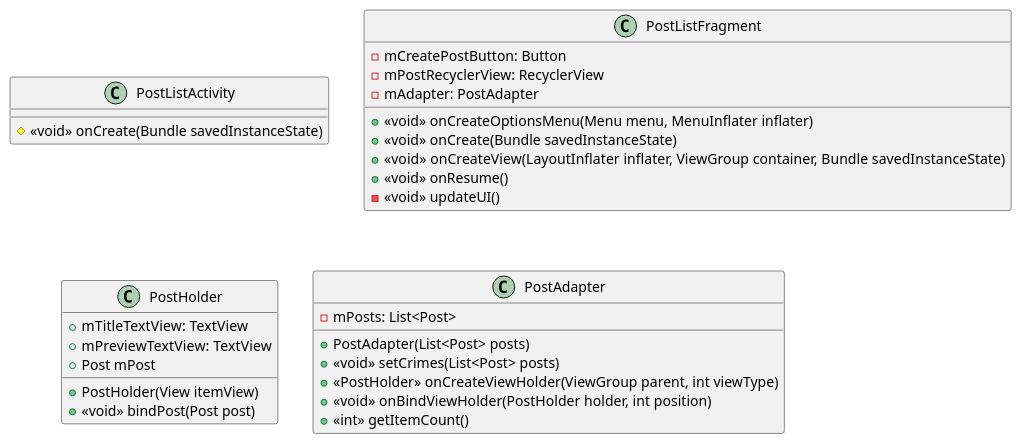
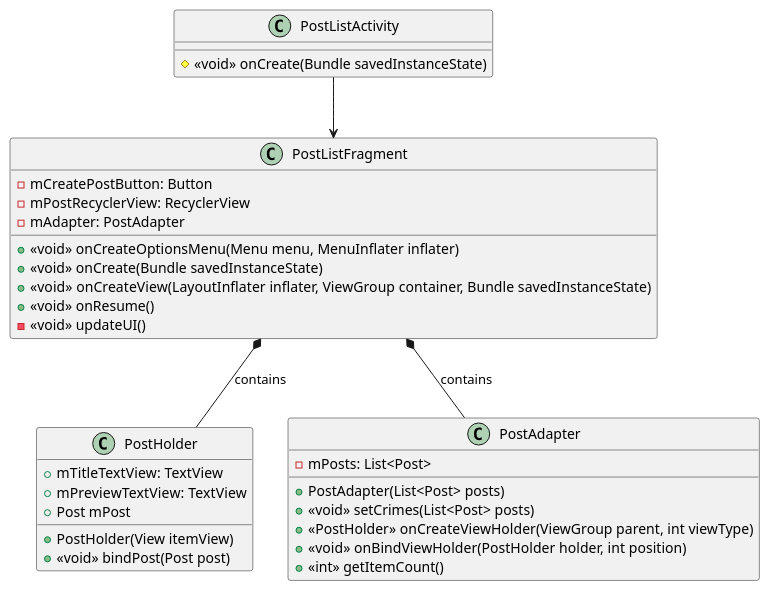
Before and after one commit to cBridges851/devwrite: the diagram in diagrams/Post Selector UML.puml, drawn with PlantUML.

Commit message:
Added relationships

```diff
--- a/diagrams/Post Selector UML.puml
+++ b/diagrams/Post Selector UML.puml
@@ -1,35 +1,39 @@
 @startuml
 ' Post Selector Component
 
     class PostListActivity {
         #<<void>> onCreate(Bundle savedInstanceState)
     }
 
     class PostListFragment {
         - mCreatePostButton: Button
         - mPostRecyclerView: RecyclerView
         - mAdapter: PostAdapter
         + <<void>> onCreateOptionsMenu(Menu menu, MenuInflater inflater)
         + <<void>> onCreate(Bundle savedInstanceState)
         + <<void>> onCreateView(LayoutInflater inflater, ViewGroup container, Bundle savedInstanceState)
         + <<void>> onResume()
         - <<void>> updateUI()
     }
 
     class PostHolder {
         + mTitleTextView: TextView
         + mPreviewTextView: TextView
         + Post mPost
         + PostHolder(View itemView)
         + <<void>> bindPost(Post post)
     }
 
     class PostAdapter {
         - mPosts: List<Post>
         + PostAdapter(List<Post> posts)
         + <<void>> setCrimes(List<Post> posts)
         + <<PostHolder>> onCreateViewHolder(ViewGroup parent, int viewType)
         + <<void>> onBindViewHolder(PostHolder holder, int position)
         + <<int>> getItemCount()
     }
+
+    PostListActivity --> PostListFragment
+    PostListFragment *-- PostHolder : "contains"
+    PostListFragment *-- PostAdapter : "contains"
 @enduml
```
